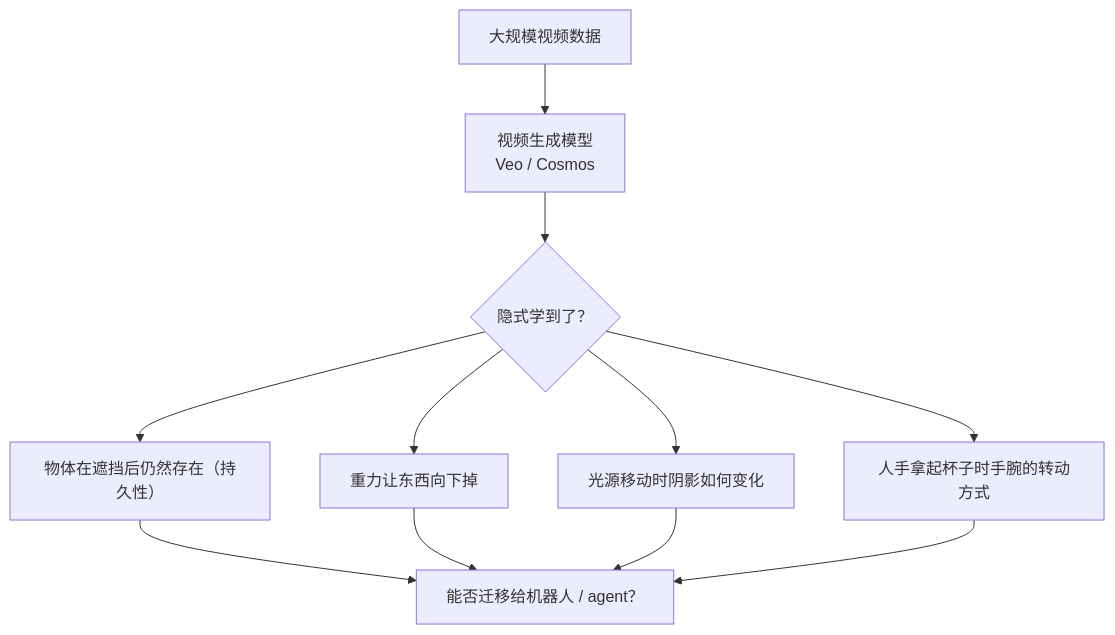
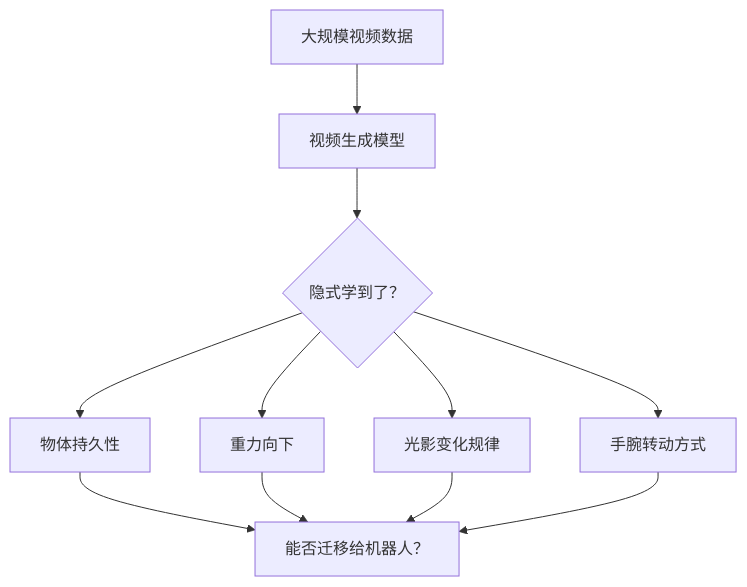
The first of 3 diagrams in docs/zh/lectures/lecture-01-internal-simulation/03-why-now.md (zhimin-z/learn-world-model), drawn with Mermaid before and after one commit. The commit also changed other lines of this file and 9 other files, not shown here.

````diff
--- a/docs/zh/lectures/lecture-01-internal-simulation/03-why-now.md
+++ b/docs/zh/lectures/lecture-01-internal-simulation/03-why-now.md
@@ -42,10 +42,10 @@
 ```mermaid
 flowchart TD
-    A[大规模视频数据] --> B[视频生成模型\nVeo / Cosmos]
+    A[大规模视频数据] --> B[视频生成模型]
     B --> C{隐式学到了？}
-    C --> D[物体在遮挡后仍然存在（持久性）]
-    C --> E[重力让东西向下掉]
-    C --> F[光源移动时阴影如何变化]
-    C --> G[人手拿起杯子时手腕的转动方式]
-    D & E & F & G --> H[能否迁移给机器人 / agent？]
+    C --> D[物体持久性]
+    C --> E[重力向下]
+    C --> F[光影变化规律]
+    C --> G[手腕转动方式]
+    D & E & F & G --> H[能否迁移给机器人？]
 ```
````
